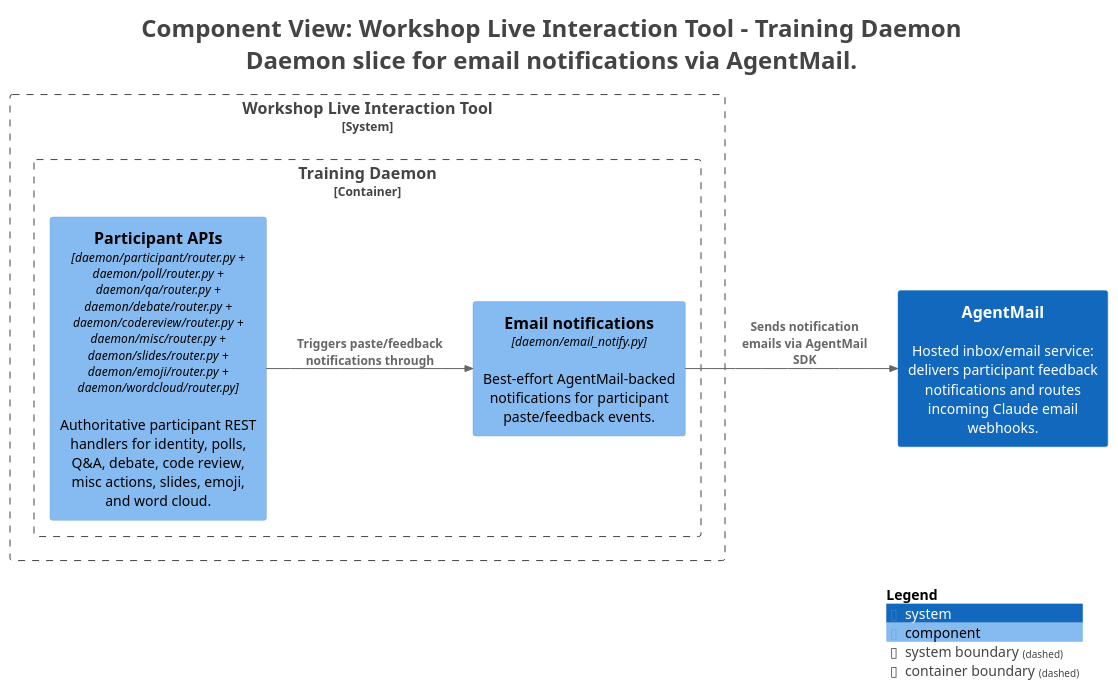
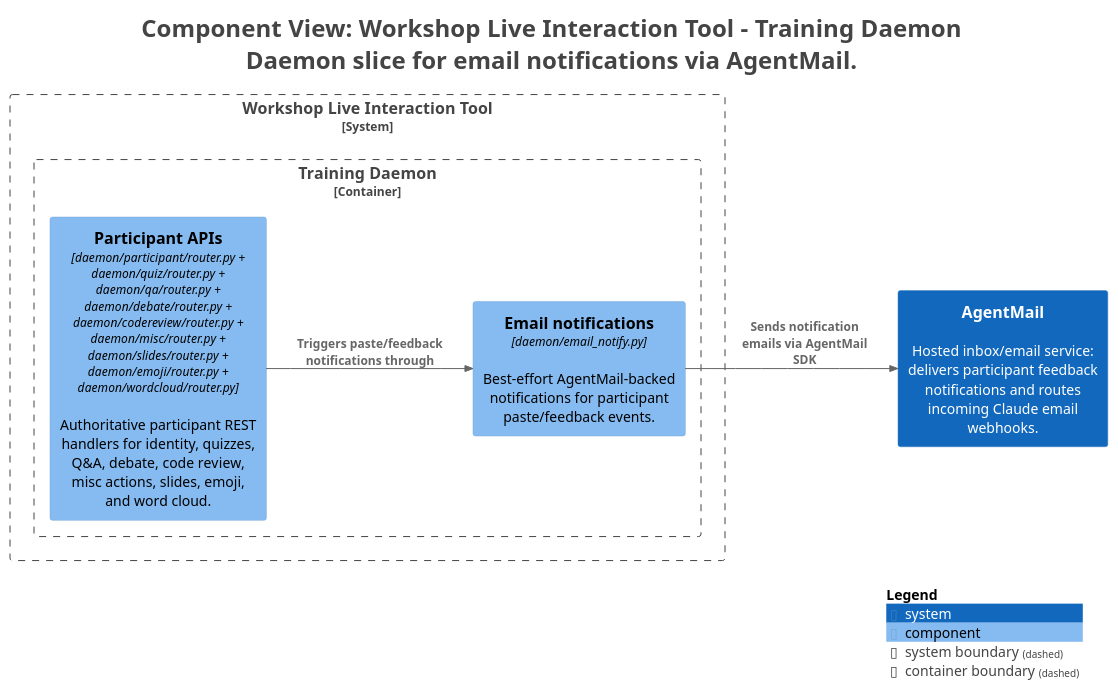
The diagram in docs/c4views/C3-Daemon-Notifications.puml (victorrentea/training-assistant), drawn with PlantUML before and after one commit. The commit also changed 192 other files, not shown here.

First line of the commit message:
refactor: rename Poll feature → Quiz (codebase, wire protocol, docs)

```diff
--- a/docs/c4views/C3-Daemon-Notifications.puml
+++ b/docs/c4views/C3-Daemon-Notifications.puml
@@ -1,33 +1,33 @@
 @startuml
 title <size:24>Component View: Workshop Live Interaction Tool - Training Daemon</size>\n<size:24>Daemon slice for email notifications via AgentMail.</size>
 
 set separator none
 left to right direction
 
 <style>
   root {
     BackgroundColor: #ffffff
     FontColor: #444444
   }
 </style>
 
 !include <C4/C4>
 !include <C4/C4_Context>
 !include <C4/C4_Component>
 
 System(AgentMail, "AgentMail", $descr="Hosted inbox/email service: delivers participant feedback notifications and routes incoming Claude email webhooks.", $tags="", $link="")
 
 System_Boundary("WorkshopLiveInteractionTool_boundary", "Workshop Live Interaction Tool", $tags="") {
   Container_Boundary("WorkshopLiveInteractionTool.TrainingDaemon_boundary", "Training Daemon", $tags="") {
-    Component(WorkshopLiveInteractionTool.TrainingDaemon.ParticipantAPIs, "Participant APIs", $techn="daemon/participant/router.py + daemon/poll/router.py + daemon/qa/router.py + daemon/debate/router.py + daemon/codereview/router.py + daemon/misc/router.py + daemon/slides/router.py + daemon/emoji/router.py + daemon/wordcloud/router.py", $descr="Authoritative participant REST handlers for identity, polls, Q&A, debate, code review, misc actions, slides, emoji, and word cloud.", $tags="", $link="")
+    Component(WorkshopLiveInteractionTool.TrainingDaemon.ParticipantAPIs, "Participant APIs", $techn="daemon/participant/router.py + daemon/quiz/router.py + daemon/qa/router.py + daemon/debate/router.py + daemon/codereview/router.py + daemon/misc/router.py + daemon/slides/router.py + daemon/emoji/router.py + daemon/wordcloud/router.py", $descr="Authoritative participant REST handlers for identity, quizzes, Q&A, debate, code review, misc actions, slides, emoji, and word cloud.", $tags="", $link="")
     Component(WorkshopLiveInteractionTool.TrainingDaemon.Emailnotifications, "Email notifications", $techn="daemon/email_notify.py", $descr="Best-effort AgentMail-backed notifications for participant paste/feedback events.", $tags="", $link="")
   }
 
 }
 
 Rel(WorkshopLiveInteractionTool.TrainingDaemon.Emailnotifications, AgentMail, "Sends notification emails via AgentMail SDK", $techn="", $tags="", $link="")
 Rel(WorkshopLiveInteractionTool.TrainingDaemon.ParticipantAPIs, WorkshopLiveInteractionTool.TrainingDaemon.Emailnotifications, "Triggers paste/feedback notifications through", $techn="", $tags="", $link="")
 
 SHOW_LEGEND(true)
 hide stereotypes
 @enduml
```
